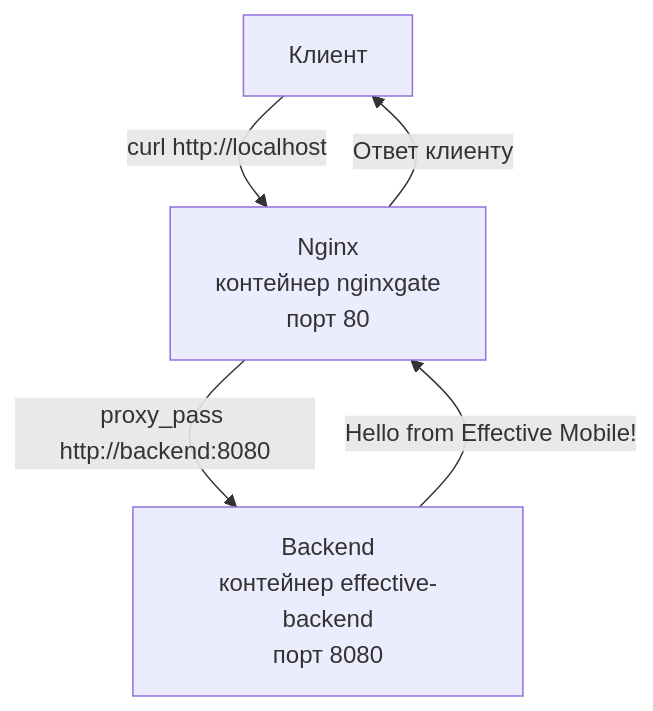
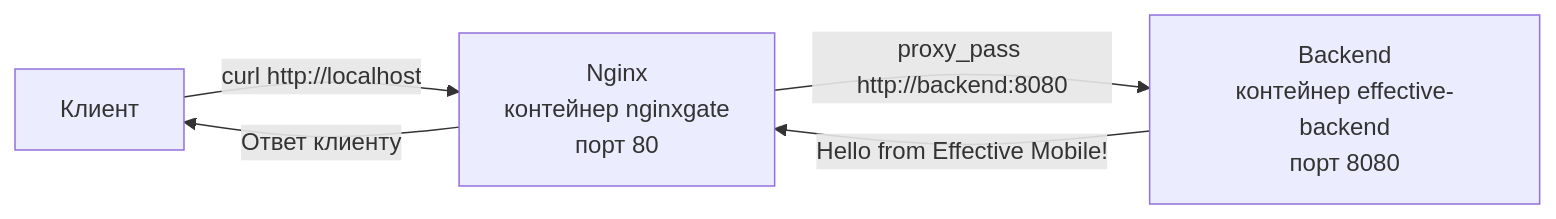
One commit to Colm1349/git-basics-forkus changed the diagram in README.md. Above: the diagram before and after it, drawn with Mermaid.

````diff
--- a/README.md
+++ b/README.md
@@ -5,7 +5,7 @@
 ```mermaid
-graph TD
+graph LR
     A[Клиент] -->|"curl http://localhost"| B[Nginx<br>контейнер nginxgate<br>порт 80]
     B -->|"proxy_pass http://backend:8080"| C[Backend<br>контейнер effective-backend<br>порт 8080]
     C -->|"Hello from Effective Mobile!"| B
     B -->|Ответ клиенту| A
 ```
````
